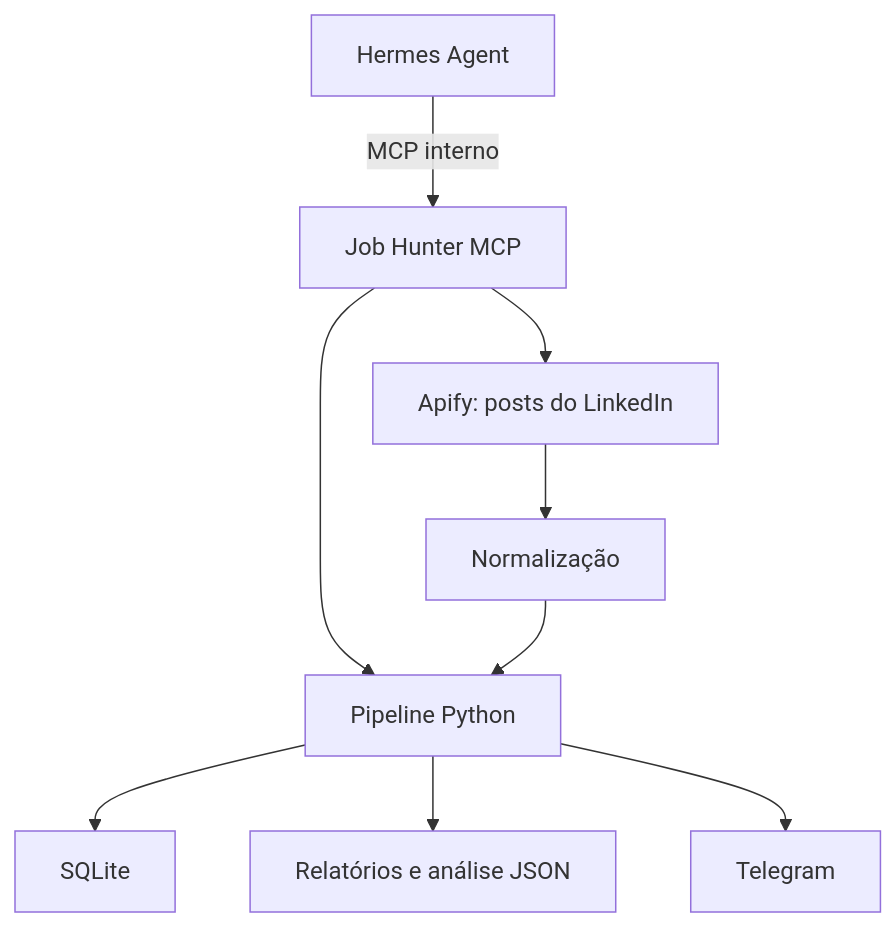
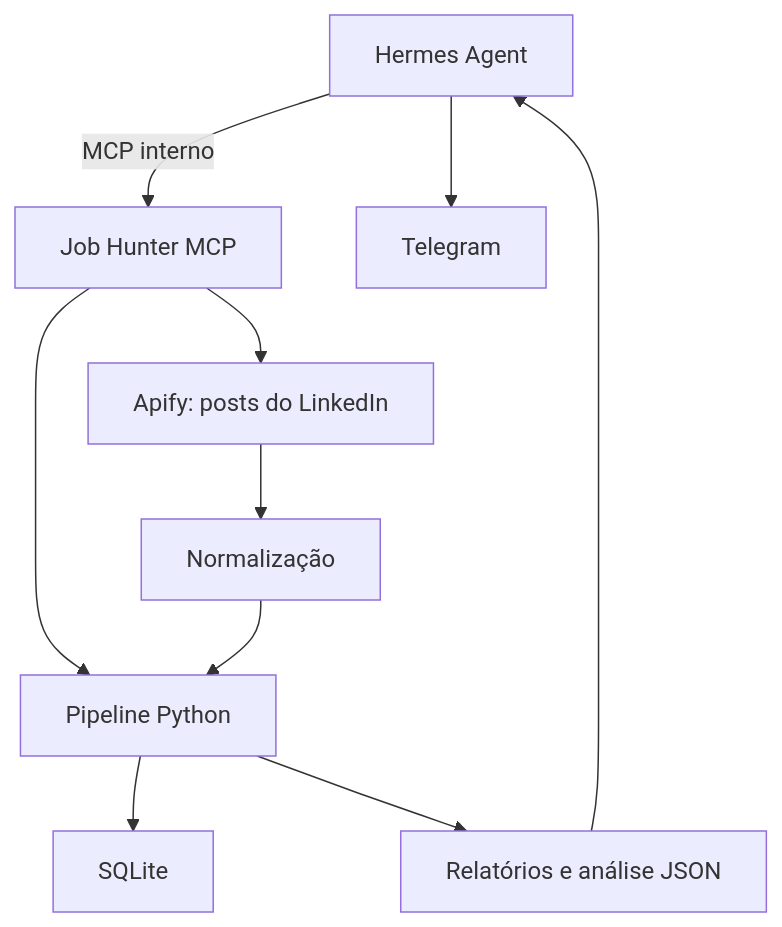
The diagram in docs/spec.md (jvras58/hermes-vagas), drawn with Mermaid before and after one commit. The commit also changed other lines of this file and 22 other files, not shown here.

````diff
--- a/docs/spec.md
+++ b/docs/spec.md
@@ -273,11 +293,12 @@
 ```mermaid
 flowchart TD
     Hermes["Hermes Agent"] -->|"MCP interno"| MCP["Job Hunter MCP"]
     MCP --> Apify["Apify: posts do LinkedIn"]
     MCP --> Pipeline["Pipeline Python"]
     Apify --> Normalizacao["Normalização"]
     Normalizacao --> Pipeline
     Pipeline --> SQLite["SQLite"]
     Pipeline --> Outputs["Relatórios e análise JSON"]
-    Pipeline --> Telegram["Telegram"]
+    Outputs --> Hermes
+    Hermes --> Telegram["Telegram"]
 ```
````
